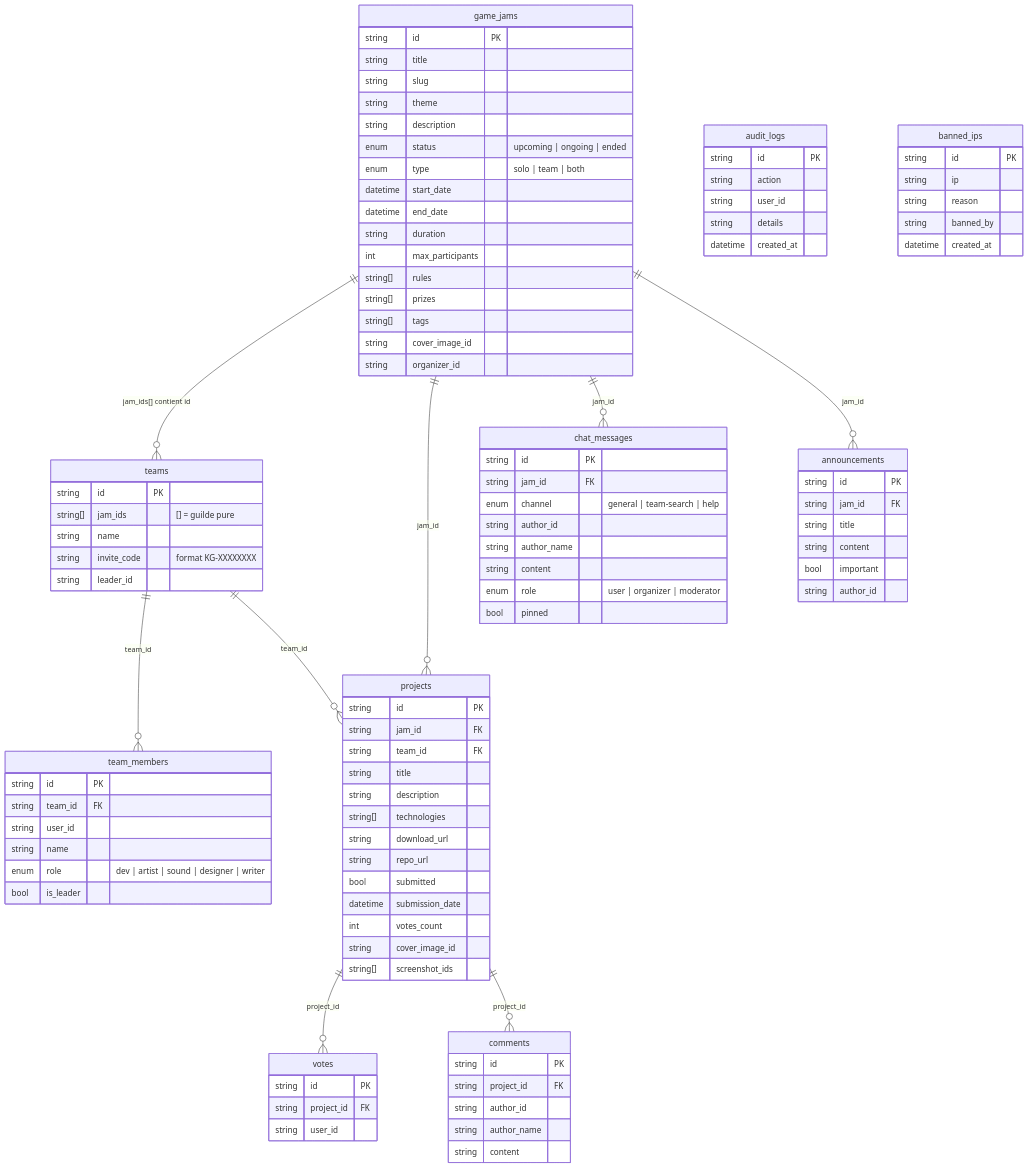
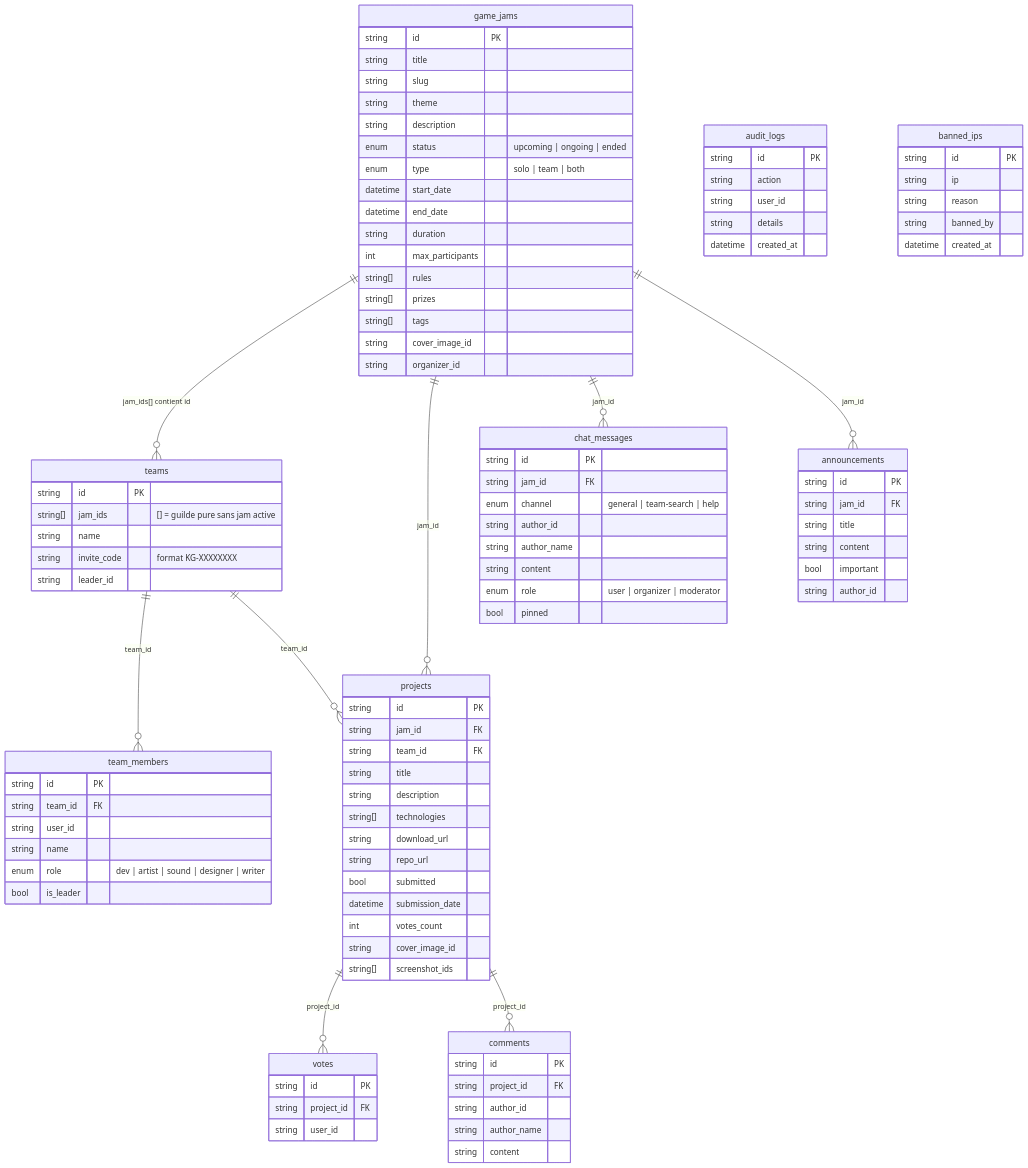
Before and after one commit to Setsuko34/KonfiturGameFullInfra: the diagram in docs/DATABASE.md, drawn with Mermaid. The commit also changed other lines of this file and 9 other files, not shown here.

Commit message:
docs: enhance DATABASE.md and TODO.md with detailed collection schemas and usage instructions

```diff
--- a/docs/DATABASE.md
+++ b/docs/DATABASE.md
@@ -29,7 +29,7 @@
 
     teams {
         string id PK
-        string[] jam_ids "[] = guilde pure"
+        string[] jam_ids "[] = guilde pure sans jam active"
         string name
         string invite_code "format KG-XXXXXXXX"
         string leader_id
```
